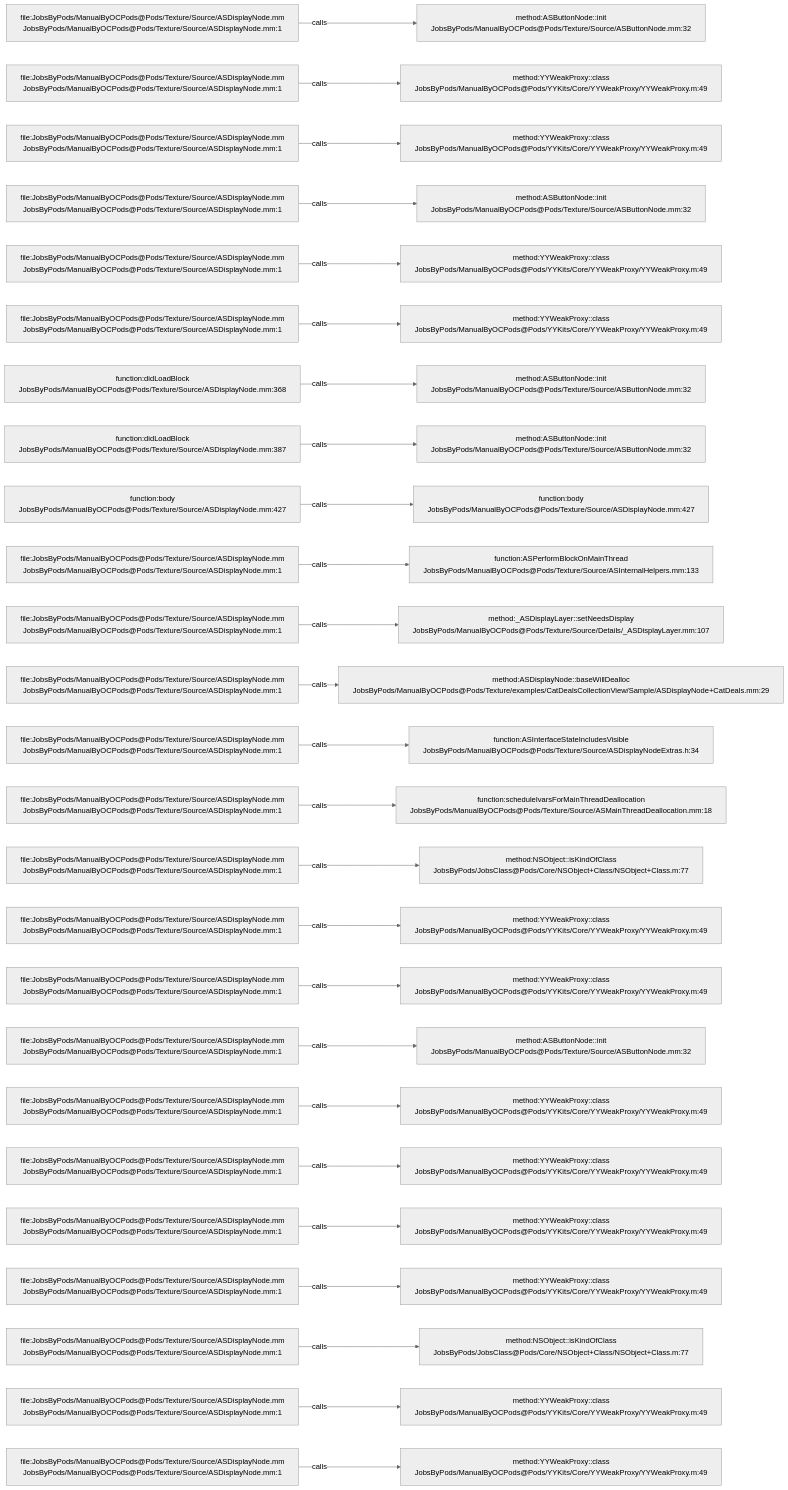
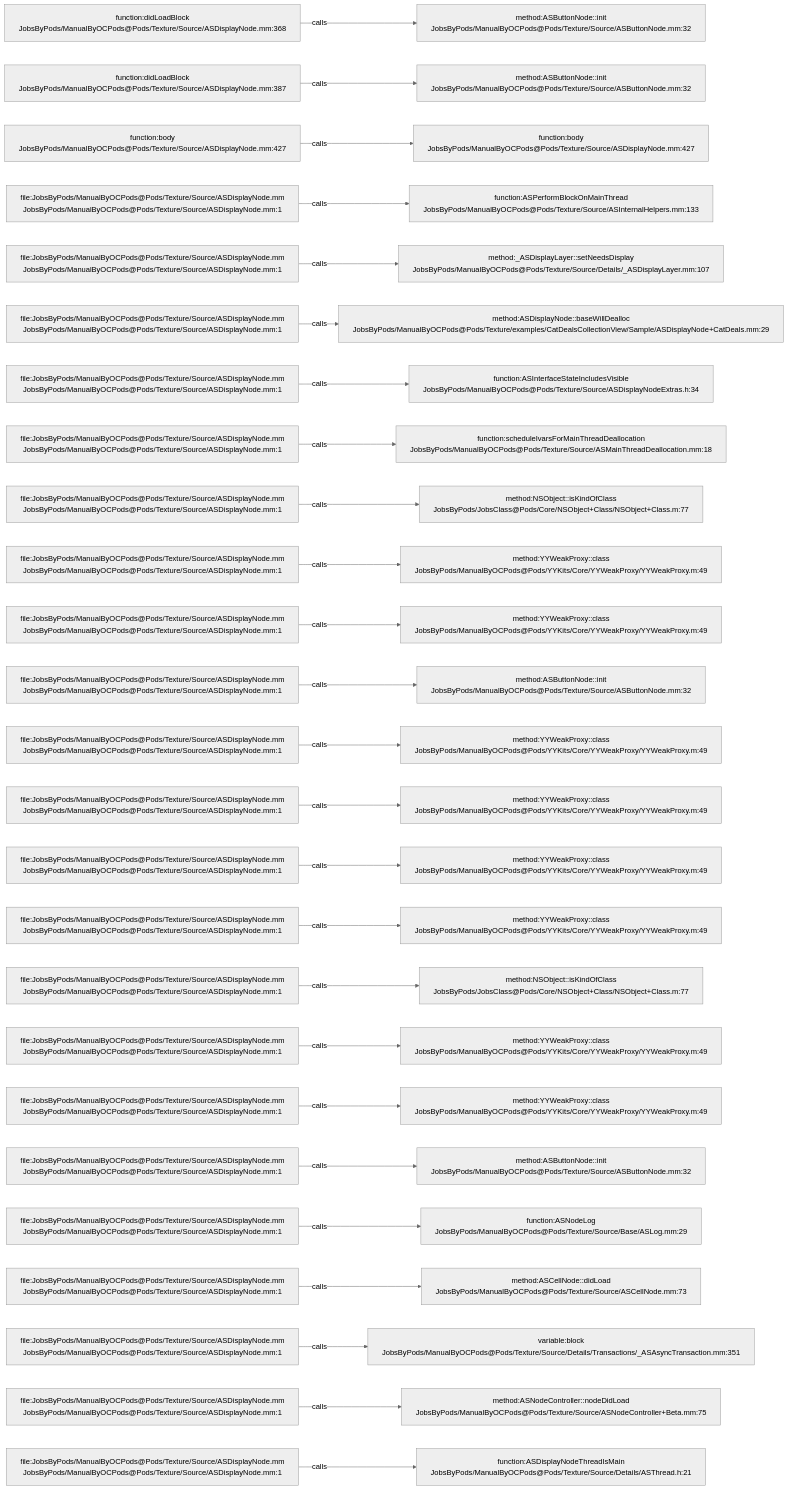
The diagram in .codegraph/codegraph.md/graphs/calls-089.md (JobsKits/JobsOCBaseConfigDemo), drawn with Mermaid (neutral theme) before and after one commit. The commit also changed 666 other files, not shown here.

````diff
--- a/.codegraph/codegraph.md/graphs/calls-089.md
+++ b/.codegraph/codegraph.md/graphs/calls-089.md
@@ -13,78 +13,78 @@
 ```mermaid
 flowchart LR
-  S1["file:JobsByPods/ManualByOCPods@Pods/Texture/Source/ASDisplayNode.mm<br/>JobsByPods/ManualByOCPods@Pods/Texture/Source/ASDisplayNode.mm:1"]
+  S1["function:didLoadBlock<br/>JobsByPods/ManualByOCPods@Pods/Texture/Source/ASDisplayNode.mm:368"]
   T1["method:ASButtonNode::init<br/>JobsByPods/ManualByOCPods@Pods/Texture/Source/ASButtonNode.mm:32"]
   S1 -->|calls| T1
-  S2["file:JobsByPods/ManualByOCPods@Pods/Texture/Source/ASDisplayNode.mm<br/>JobsByPods/ManualByOCPods@Pods/Texture/Source/ASDisplayNode.mm:1"]
-  T2["method:YYWeakProxy::class<br/>JobsByPods/ManualByOCPods@Pods/YYKits/Core/YYWeakProxy/YYWeakProxy.m:49"]
+  S2["function:didLoadBlock<br/>JobsByPods/ManualByOCPods@Pods/Texture/Source/ASDisplayNode.mm:387"]
+  T2["method:ASButtonNode::init<br/>JobsByPods/ManualByOCPods@Pods/Texture/Source/ASButtonNode.mm:32"]
   S2 -->|calls| T2
-  S3["file:JobsByPods/ManualByOCPods@Pods/Texture/Source/ASDisplayNode.mm<br/>JobsByPods/ManualByOCPods@Pods/Texture/Source/ASDisplayNode.mm:1"]
-  T3["method:YYWeakProxy::class<br/>JobsByPods/ManualByOCPods@Pods/YYKits/Core/YYWeakProxy/YYWeakProxy.m:49"]
+  S3["function:body<br/>JobsByPods/ManualByOCPods@Pods/Texture/Source/ASDisplayNode.mm:427"]
+  T3["function:body<br/>JobsByPods/ManualByOCPods@Pods/Texture/Source/ASDisplayNode.mm:427"]
   S3 -->|calls| T3
   S4["file:JobsByPods/ManualByOCPods@Pods/Texture/Source/ASDisplayNode.mm<br/>JobsByPods/ManualByOCPods@Pods/Texture/Source/ASDisplayNode.mm:1"]
-  T4["method:ASButtonNode::init<br/>JobsByPods/ManualByOCPods@Pods/Texture/Source/ASButtonNode.mm:32"]
+  T4["function:ASPerformBlockOnMainThread<br/>JobsByPods/ManualByOCPods@Pods/Texture/Source/ASInternalHelpers.mm:133"]
   S4 -->|calls| T4
   S5["file:JobsByPods/ManualByOCPods@Pods/Texture/Source/ASDisplayNode.mm<br/>JobsByPods/ManualByOCPods@Pods/Texture/Source/ASDisplayNode.mm:1"]
-  T5["method:YYWeakProxy::class<br/>JobsByPods/ManualByOCPods@Pods/YYKits/Core/YYWeakProxy/YYWeakProxy.m:49"]
+  T5["method:_ASDisplayLayer::setNeedsDisplay<br/>JobsByPods/ManualByOCPods@Pods/Texture/Source/Details/_ASDisplayLayer.mm:107"]
   S5 -->|calls| T5
   S6["file:JobsByPods/ManualByOCPods@Pods/Texture/Source/ASDisplayNode.mm<br/>JobsByPods/ManualByOCPods@Pods/Texture/Source/ASDisplayNode.mm:1"]
-  T6["method:YYWeakProxy::class<br/>JobsByPods/ManualByOCPods@Pods/YYKits/Core/YYWeakProxy/YYWeakProxy.m:49"]
+  T6["method:ASDisplayNode::baseWillDealloc<br/>JobsByPods/ManualByOCPods@Pods/Texture/examples/CatDealsCollectionView/Sample/ASDisplayNode+CatDeals.mm:29"]
   S6 -->|calls| T6
-  S7["function:didLoadBlock<br/>JobsByPods/ManualByOCPods@Pods/Texture/Source/ASDisplayNode.mm:368"]
-  T7["method:ASButtonNode::init<br/>JobsByPods/ManualByOCPods@Pods/Texture/Source/ASButtonNode.mm:32"]
+  S7["file:JobsByPods/ManualByOCPods@Pods/Texture/Source/ASDisplayNode.mm<br/>JobsByPods/ManualByOCPods@Pods/Texture/Source/ASDisplayNode.mm:1"]
+  T7["function:ASInterfaceStateIncludesVisible<br/>JobsByPods/ManualByOCPods@Pods/Texture/Source/ASDisplayNodeExtras.h:34"]
   S7 -->|calls| T7
-  S8["function:didLoadBlock<br/>JobsByPods/ManualByOCPods@Pods/Texture/Source/ASDisplayNode.mm:387"]
-  T8["method:ASButtonNode::init<br/>JobsByPods/ManualByOCPods@Pods/Texture/Source/ASButtonNode.mm:32"]
+  S8["file:JobsByPods/ManualByOCPods@Pods/Texture/Source/ASDisplayNode.mm<br/>JobsByPods/ManualByOCPods@Pods/Texture/Source/ASDisplayNode.mm:1"]
+  T8["function:scheduleIvarsForMainThreadDeallocation<br/>JobsByPods/ManualByOCPods@Pods/Texture/Source/ASMainThreadDeallocation.mm:18"]
   S8 -->|calls| T8
-  S9["function:body<br/>JobsByPods/ManualByOCPods@Pods/Texture/Source/ASDisplayNode.mm:427"]
-  T9["function:body<br/>JobsByPods/ManualByOCPods@Pods/Texture/Source/ASDisplayNode.mm:427"]
+  S9["file:JobsByPods/ManualByOCPods@Pods/Texture/Source/ASDisplayNode.mm<br/>JobsByPods/ManualByOCPods@Pods/Texture/Source/ASDisplayNode.mm:1"]
+  T9["method:NSObject::isKindOfClass<br/>JobsByPods/JobsClass@Pods/Core/NSObject+Class/NSObject+Class.m:77"]
   S9 -->|calls| T9
   S10["file:JobsByPods/ManualByOCPods@Pods/Texture/Source/ASDisplayNode.mm<br/>JobsByPods/ManualByOCPods@Pods/Texture/Source/ASDisplayNode.mm:1"]
-  T10["function:ASPerformBlockOnMainThread<br/>JobsByPods/ManualByOCPods@Pods/Texture/Source/ASInternalHelpers.mm:133"]
+  T10["method:YYWeakProxy::class<br/>JobsByPods/ManualByOCPods@Pods/YYKits/Core/YYWeakProxy/YYWeakProxy.m:49"]
   S10 -->|calls| T10
   S11["file:JobsByPods/ManualByOCPods@Pods/Texture/Source/ASDisplayNode.mm<br/>JobsByPods/ManualByOCPods@Pods/Texture/Source/ASDisplayNode.mm:1"]
-  T11["method:_ASDisplayLayer::setNeedsDisplay<br/>JobsByPods/ManualByOCPods@Pods/Texture/Source/Details/_ASDisplayLayer.mm:107"]
+  T11["method:YYWeakProxy::class<br/>JobsByPods/ManualByOCPods@Pods/YYKits/Core/YYWeakProxy/YYWeakProxy.m:49"]
   S11 -->|calls| T11
   S12["file:JobsByPods/ManualByOCPods@Pods/Texture/Source/ASDisplayNode.mm<br/>JobsByPods/ManualByOCPods@Pods/Texture/Source/ASDisplayNode.mm:1"]
-  T12["method:ASDisplayNode::baseWillDealloc<br/>JobsByPods/ManualByOCPods@Pods/Texture/examples/CatDealsCollectionView/Sample/ASDisplayNode+CatDeals.mm:29"]
+  T12["method:ASButtonNode::init<br/>JobsByPods/ManualByOCPods@Pods/Texture/Source/ASButtonNode.mm:32"]
   S12 -->|calls| T12
   S13["file:JobsByPods/ManualByOCPods@Pods/Texture/Source/ASDisplayNode.mm<br/>JobsByPods/ManualByOCPods@Pods/Texture/Source/ASDisplayNode.mm:1"]
-  T13["function:ASInterfaceStateIncludesVisible<br/>JobsByPods/ManualByOCPods@Pods/Texture/Source/ASDisplayNodeExtras.h:34"]
+  T13["method:YYWeakProxy::class<br/>JobsByPods/ManualByOCPods@Pods/YYKits/Core/YYWeakProxy/YYWeakProxy.m:49"]
   S13 -->|calls| T13
   S14["file:JobsByPods/ManualByOCPods@Pods/Texture/Source/ASDisplayNode.mm<br/>JobsByPods/ManualByOCPods@Pods/Texture/Source/ASDisplayNode.mm:1"]
-  T14["function:scheduleIvarsForMainThreadDeallocation<br/>JobsByPods/ManualByOCPods@Pods/Texture/Source/ASMainThreadDeallocation.mm:18"]
+  T14["method:YYWeakProxy::class<br/>JobsByPods/ManualByOCPods@Pods/YYKits/Core/YYWeakProxy/YYWeakProxy.m:49"]
   S14 -->|calls| T14
   S15["file:JobsByPods/ManualByOCPods@Pods/Texture/Source/ASDisplayNode.mm<br/>JobsByPods/ManualByOCPods@Pods/Texture/Source/ASDisplayNode.mm:1"]
-  T15["method:NSObject::isKindOfClass<br/>JobsByPods/JobsClass@Pods/Core/NSObject+Class/NSObject+Class.m:77"]
+  T15["method:YYWeakProxy::class<br/>JobsByPods/ManualByOCPods@Pods/YYKits/Core/YYWeakProxy/YYWeakProxy.m:49"]
   S15 -->|calls| T15
   S16["file:JobsByPods/ManualByOCPods@Pods/Texture/Source/ASDisplayNode.mm<br/>JobsByPods/ManualByOCPods@Pods/Texture/Source/ASDisplayNode.mm:1"]
   T16["method:YYWeakProxy::class<br/>JobsByPods/ManualByOCPods@Pods/YYKits/Core/YYWeakProxy/YYWeakProxy.m:49"]
   S16 -->|calls| T16
   S17["file:JobsByPods/ManualByOCPods@Pods/Texture/Source/ASDisplayNode.mm<br/>JobsByPods/ManualByOCPods@Pods/Texture/Source/ASDisplayNode.mm:1"]
-  T17["method:YYWeakProxy::class<br/>JobsByPods/ManualByOCPods@Pods/YYKits/Core/YYWeakProxy/YYWeakProxy.m:49"]
+  T17["method:NSObject::isKindOfClass<br/>JobsByPods/JobsClass@Pods/Core/NSObject+Class/NSObject+Class.m:77"]
   S17 -->|calls| T17
   S18["file:JobsByPods/ManualByOCPods@Pods/Texture/Source/ASDisplayNode.mm<br/>JobsByPods/ManualByOCPods@Pods/Texture/Source/ASDisplayNode.mm:1"]
-  T18["method:ASButtonNode::init<br/>JobsByPods/ManualByOCPods@Pods/Texture/Source/ASButtonNode.mm:32"]
+  T18["method:YYWeakProxy::class<br/>JobsByPods/ManualByOCPods@Pods/YYKits/Core/YYWeakProxy/YYWeakProxy.m:49"]
   S18 -->|calls| T18
   S19["file:JobsByPods/ManualByOCPods@Pods/Texture/Source/ASDisplayNode.mm<br/>JobsByPods/ManualByOCPods@Pods/Texture/Source/ASDisplayNode.mm:1"]
   T19["method:YYWeakProxy::class<br/>JobsByPods/ManualByOCPods@Pods/YYKits/Core/YYWeakProxy/YYWeakProxy.m:49"]
   S19 -->|calls| T19
   S20["file:JobsByPods/ManualByOCPods@Pods/Texture/Source/ASDisplayNode.mm<br/>JobsByPods/ManualByOCPods@Pods/Texture/Source/ASDisplayNode.mm:1"]
-  T20["method:YYWeakProxy::class<br/>JobsByPods/ManualByOCPods@Pods/YYKits/Core/YYWeakProxy/YYWeakProxy.m:49"]
+  T20["method:ASButtonNode::init<br/>JobsByPods/ManualByOCPods@Pods/Texture/Source/ASButtonNode.mm:32"]
   S20 -->|calls| T20
   S21["file:JobsByPods/ManualByOCPods@Pods/Texture/Source/ASDisplayNode.mm<br/>JobsByPods/ManualByOCPods@Pods/Texture/Source/ASDisplayNode.mm:1"]
-  T21["method:YYWeakProxy::class<br/>JobsByPods/ManualByOCPods@Pods/YYKits/Core/YYWeakProxy/YYWeakProxy.m:49"]
+  T21["function:ASNodeLog<br/>JobsByPods/ManualByOCPods@Pods/Texture/Source/Base/ASLog.mm:29"]
   S21 -->|calls| T21
   S22["file:JobsByPods/ManualByOCPods@Pods/Texture/Source/ASDisplayNode.mm<br/>JobsByPods/ManualByOCPods@Pods/Texture/Source/ASDisplayNode.mm:1"]
-  T22["method:YYWeakProxy::class<br/>JobsByPods/ManualByOCPods@Pods/YYKits/Core/YYWeakProxy/YYWeakProxy.m:49"]
+  T22["method:ASCellNode::didLoad<br/>JobsByPods/ManualByOCPods@Pods/Texture/Source/ASCellNode.mm:73"]
   S22 -->|calls| T22
   S23["file:JobsByPods/ManualByOCPods@Pods/Texture/Source/ASDisplayNode.mm<br/>JobsByPods/ManualByOCPods@Pods/Texture/Source/ASDisplayNode.mm:1"]
-  T23["method:NSObject::isKindOfClass<br/>JobsByPods/JobsClass@Pods/Core/NSObject+Class/NSObject+Class.m:77"]
+  T23["variable:block<br/>JobsByPods/ManualByOCPods@Pods/Texture/Source/Details/Transactions/_ASAsyncTransaction.mm:351"]
   S23 -->|calls| T23
   S24["file:JobsByPods/ManualByOCPods@Pods/Texture/Source/ASDisplayNode.mm<br/>JobsByPods/ManualByOCPods@Pods/Texture/Source/ASDisplayNode.mm:1"]
-  T24["method:YYWeakProxy::class<br/>JobsByPods/ManualByOCPods@Pods/YYKits/Core/YYWeakProxy/YYWeakProxy.m:49"]
+  T24["method:ASNodeController::nodeDidLoad<br/>JobsByPods/ManualByOCPods@Pods/Texture/Source/ASNodeController+Beta.mm:75"]
   S24 -->|calls| T24
   S25["file:JobsByPods/ManualByOCPods@Pods/Texture/Source/ASDisplayNode.mm<br/>JobsByPods/ManualByOCPods@Pods/Texture/Source/ASDisplayNode.mm:1"]
-  T25["method:YYWeakProxy::class<br/>JobsByPods/ManualByOCPods@Pods/YYKits/Core/YYWeakProxy/YYWeakProxy.m:49"]
+  T25["function:ASDisplayNodeThreadIsMain<br/>JobsByPods/ManualByOCPods@Pods/Texture/Source/Details/ASThread.h:21"]
   S25 -->|calls| T25
 ```
````
